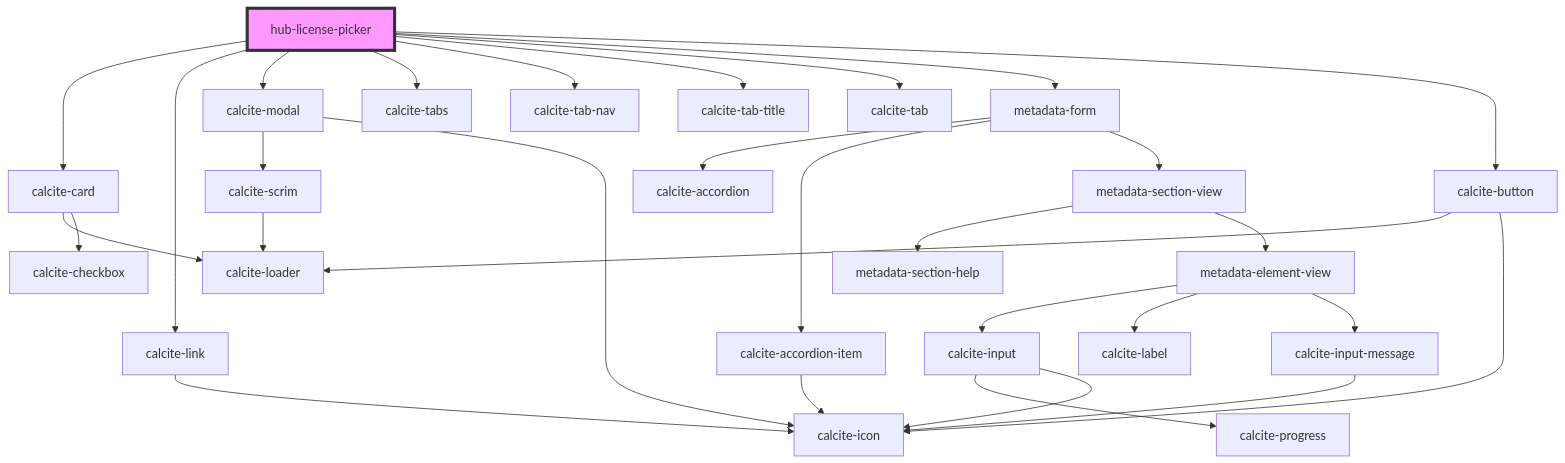
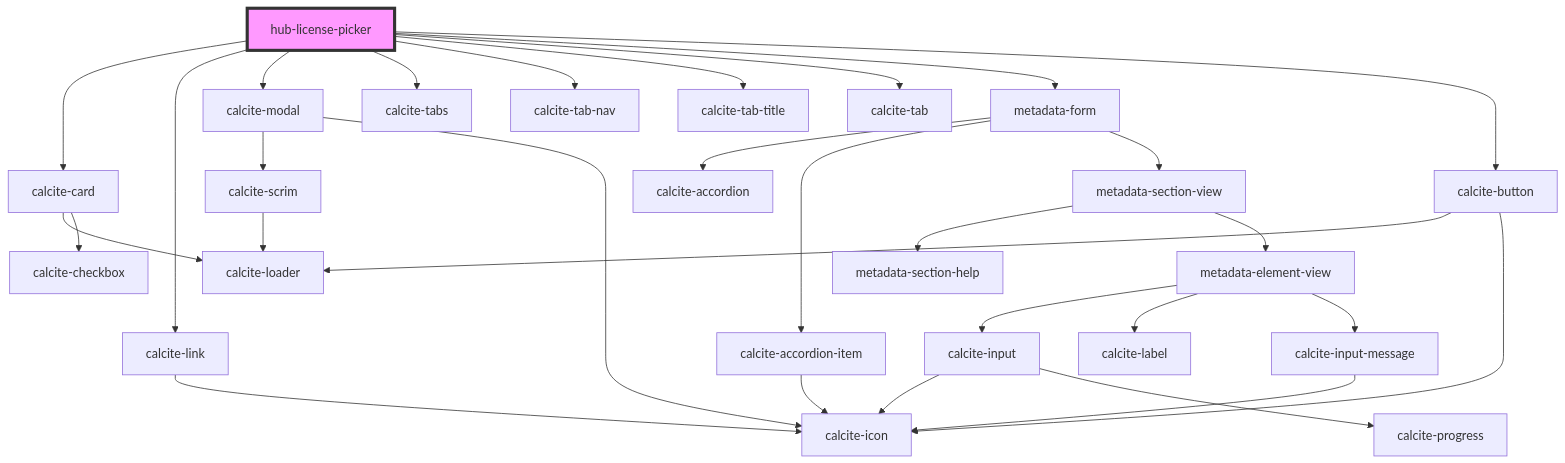
One commit to esridc/hub-components-experiments changed the diagram in src/components/blocks/hub-license-picker/readme.md. Above: the diagram before and after it, drawn with Mermaid. The commit also changed other lines of this file and 13 other files, not shown here.

````diff
--- a/src/components/blocks/hub-license-picker/readme.md
+++ b/src/components/blocks/hub-license-picker/readme.md
@@ -30,33 +30,33 @@
 ```mermaid
 graph TD;
   hub-license-picker --> calcite-card
   hub-license-picker --> calcite-link
   hub-license-picker --> calcite-modal
   hub-license-picker --> calcite-tabs
   hub-license-picker --> calcite-tab-nav
   hub-license-picker --> calcite-tab-title
   hub-license-picker --> calcite-tab
   hub-license-picker --> metadata-form
   hub-license-picker --> calcite-button
   calcite-card --> calcite-loader
   calcite-card --> calcite-checkbox
   calcite-link --> calcite-icon
   calcite-modal --> calcite-scrim
   calcite-modal --> calcite-icon
   calcite-scrim --> calcite-loader
   metadata-form --> calcite-accordion
   metadata-form --> calcite-accordion-item
   metadata-form --> metadata-section-view
   calcite-accordion-item --> calcite-icon
   metadata-section-view --> metadata-section-help
   metadata-section-view --> metadata-element-view
   metadata-element-view --> calcite-input
   metadata-element-view --> calcite-label
   metadata-element-view --> calcite-input-message
+  calcite-input --> calcite-icon
   calcite-input --> calcite-progress
-  calcite-input --> calcite-icon
   calcite-input-message --> calcite-icon
   calcite-button --> calcite-loader
   calcite-button --> calcite-icon
   style hub-license-picker fill:#f9f,stroke:#333,stroke-width:4px
 ```
````
